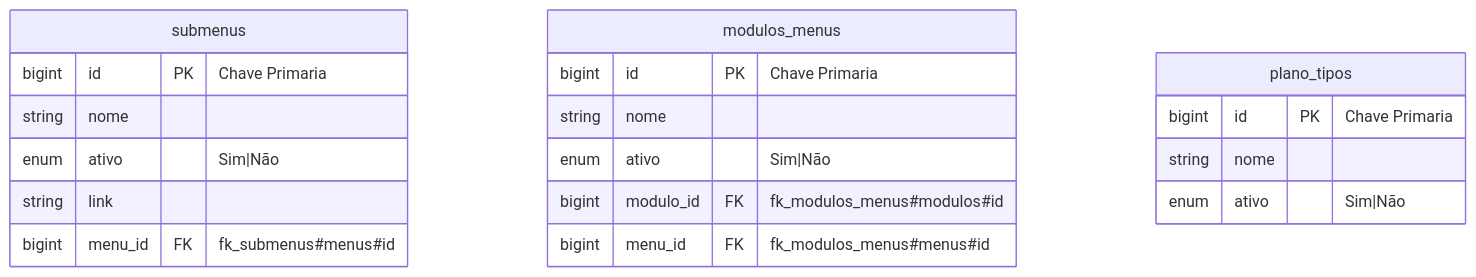
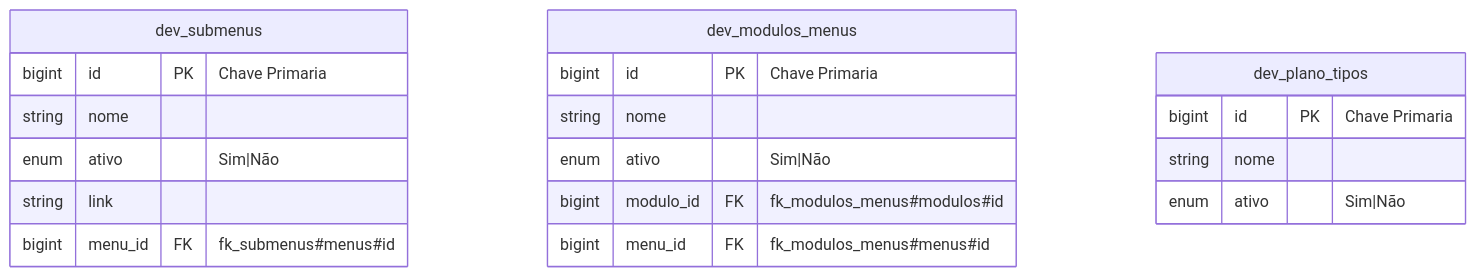
Before and after one commit to o-novo-dev/projeto-sistema: the fifth of 8 diagrams in doc/modulo/laboratório.md, drawn with Mermaid. The commit also changed other lines of this file and 33 other files, not shown here.

````diff
--- a/doc/modulo/laboratório.md
+++ b/doc/modulo/laboratório.md
@@ -105,22 +105,22 @@
 ```mermaid
 erDiagram
-  submenus {
+  dev_submenus {
     bigint id PK "Chave Primaria"
     string nome
     enum ativo "Sim|Não"
     string link
     bigint menu_id FK "fk_submenus#menus#id"
   }
-  modulos_menus {
+  dev_modulos_menus {
     bigint id PK "Chave Primaria"
     string nome
     enum ativo "Sim|Não"
     bigint modulo_id FK "fk_modulos_menus#modulos#id"
     bigint menu_id FK "fk_modulos_menus#menus#id"
   }
-  plano_tipos {
+  dev_plano_tipos {
     bigint id PK "Chave Primaria"
     string nome
     enum ativo "Sim|Não"
   }
 ```
````
